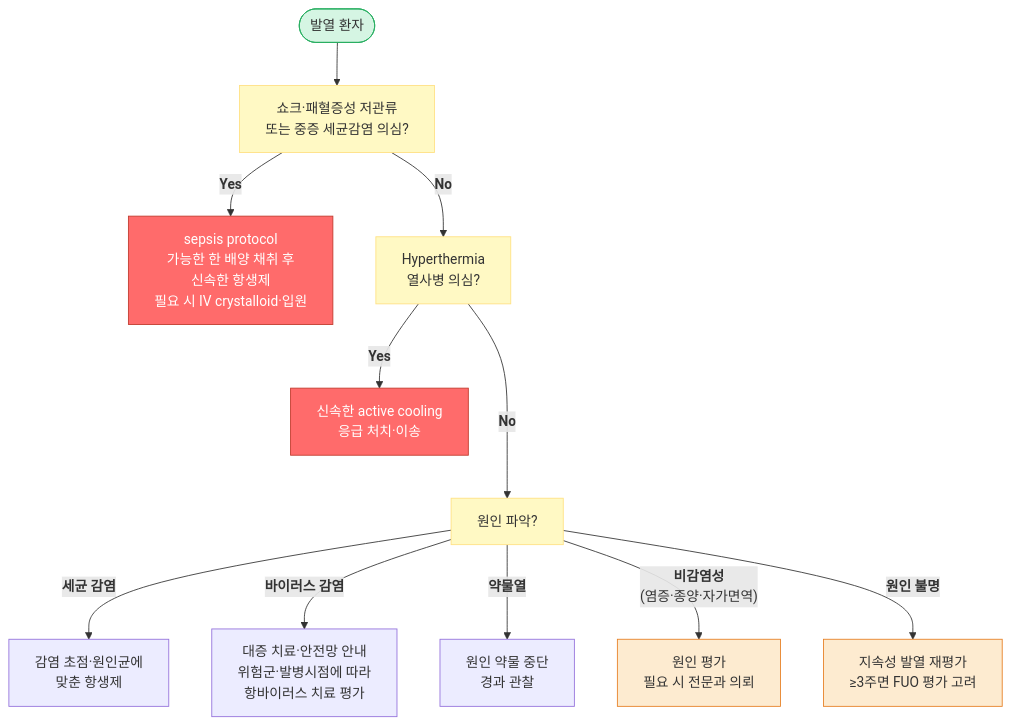
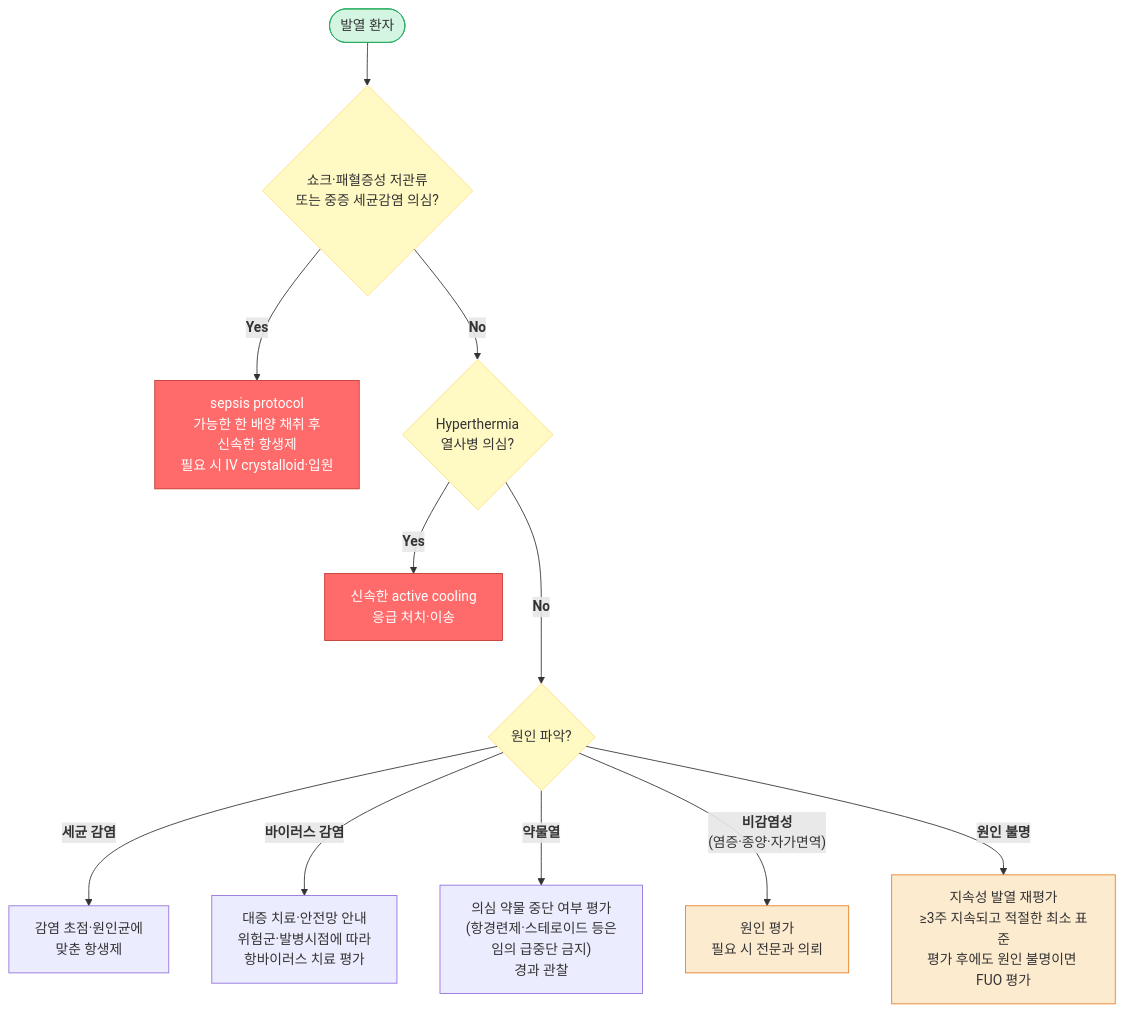
The second of 2 diagrams in 220_/011_-fever.md (familyoh77/familyoh77), drawn with Mermaid before and after one commit. The commit also changed other lines of this file, not shown here.

````diff
--- a/220_/011_-fever.md
+++ b/220_/011_-fever.md
@@ -230,21 +251,21 @@
 ```mermaid
 graph TD
-    A([발열 환자]) --> B[쇼크·패혈증성 저관류<br/>또는 중증 세균감염 의심?]
+    A([발열 환자]) --> B{쇼크·패혈증성 저관류<br/>또는 중증 세균감염 의심?}
     B -->|<b>Yes</b>| C["sepsis protocol<br/>가능한 한 배양 채취 후 <br/>신속한 항생제<br/>필요 시 IV crystalloid·입원"]
-    B -->|<b>No</b>| D[Hyperthermia<br/>열사병 의심?]
+    B -->|<b>No</b>| D{Hyperthermia<br/>열사병 의심?}
     D -->|<b>Yes</b>| E["신속한 active cooling<br/>응급 처치·이송"]
-    D --->|<b>No</b>| F[원인 파악?]
+    D --->|<b>No</b>| F{원인 파악?}
     F -->|<b>세균 감염</b>| G["감염 초점·원인균에 <br/>맞춘 항생제"]
     F -->|<b>바이러스 감염</b>| H["대증 치료·안전망 안내<br/>위험군·발병시점에 따라<br/>항바이러스 치료 평가"]
-    F -->|<b>약물열</b>| I["원인 약물 중단<br/>경과 관찰"]
+    F -->|<b>약물열</b>| I["의심 약물 중단 여부 평가<br/>(항경련제·스테로이드 등은<br/>임의 급중단 금지)<br/>경과 관찰"]
     F -->|"<b>비감염성</b><br/>(염증·종양·자가면역)"| J["원인 평가<br/>필요 시 전문과 의뢰"]
-    F -->|<b>원인 불명</b>| K["지속성 발열 재평가<br/>≥3주면 FUO 평가 고려"]
+    F -->|<b>원인 불명</b>| K["지속성 발열 재평가<br/>≥3주 지속되고 적절한 최소 표준<br/>평가 후에도 원인 불명이면 FUO 평가"]
     classDef red    fill:#ff6b6b,stroke:#c0392b,color:#fff
     classDef green  fill:#d5f5e3,stroke:#27ae60
     classDef yellow fill:#fff9c4,stroke:#ffe082
     classDef orange fill:#fdebd0,stroke:#e67e22
     class A green
     class C,E red
     class B,D,F yellow
     class J,K orange
 ```
````
